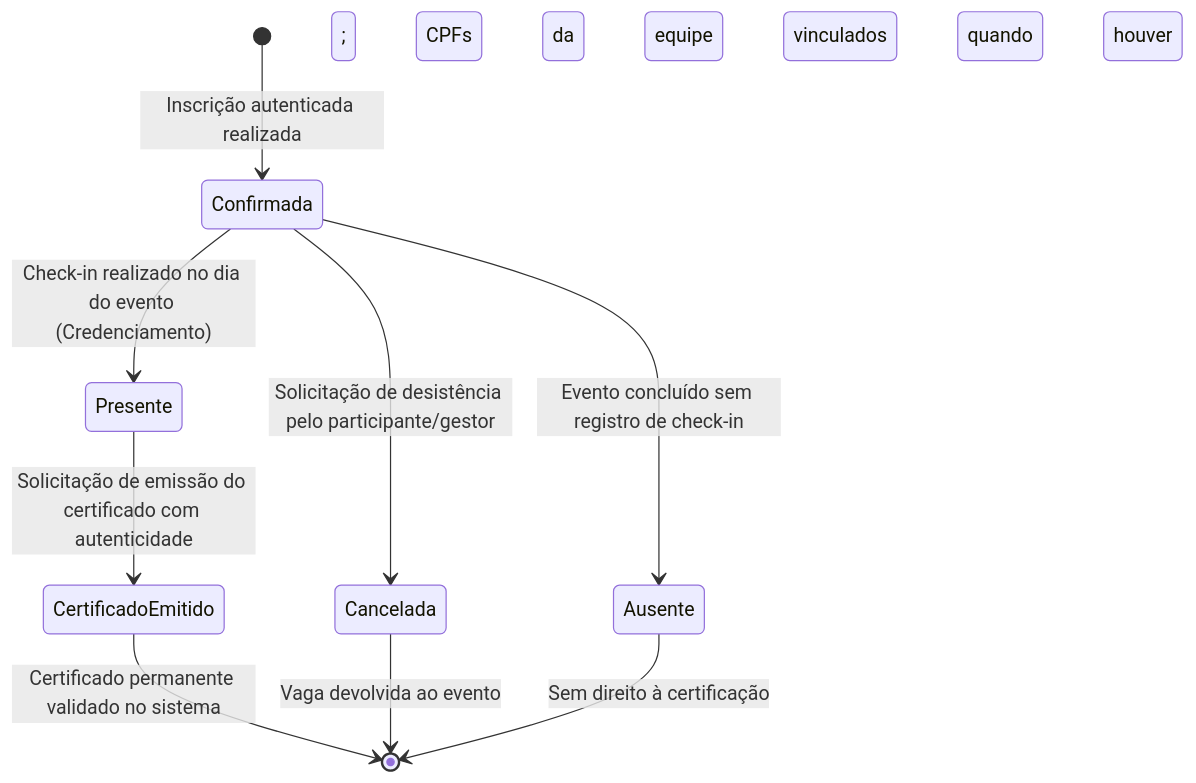
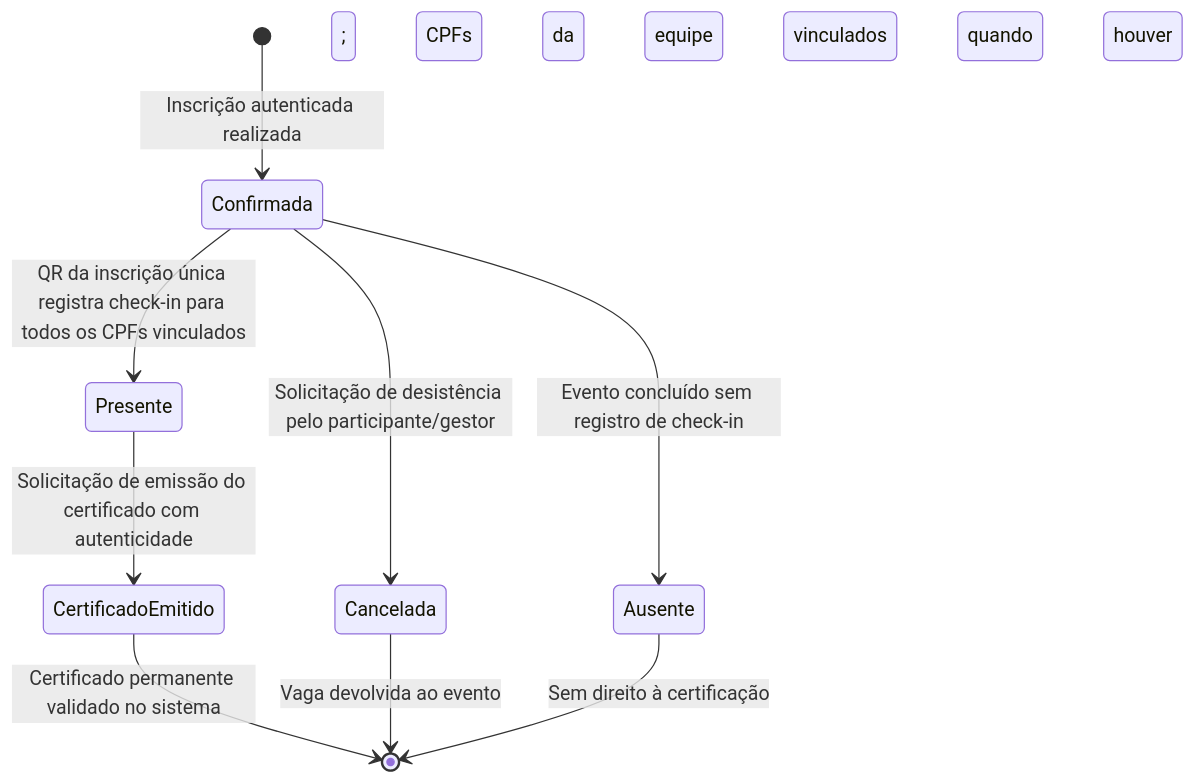
One commit to eduardomotoboy/Eventos changed the second of 2 diagrams in documentos/estados/README.md. Above: the diagram before and after it, drawn with Mermaid. The commit also changed other lines of this file and 9 other files, not shown here.

````diff
--- a/documentos/estados/README.md
+++ b/documentos/estados/README.md
@@ -40,14 +40,14 @@
 ```mermaid
 stateDiagram-v2
     [*] --> Confirmada : Inscrição autenticada realizada; CPFs da equipe vinculados quando houver
     
-    Confirmada --> Presente : Check-in realizado no dia do evento (Credenciamento)
+    Confirmada --> Presente : QR da inscrição única registra check-in para todos os CPFs vinculados
     Confirmada --> Cancelada : Solicitação de desistência pelo participante/gestor
     Confirmada --> Ausente : Evento concluído sem registro de check-in
     
     Presente --> CertificadoEmitido : Solicitação de emissão do certificado com autenticidade
     
     CertificadoEmitido --> [*] : Certificado permanente validado no sistema
     Cancelada --> [*] : Vaga devolvida ao evento
     Ausente --> [*] : Sem direito à certificação
 ```
````
